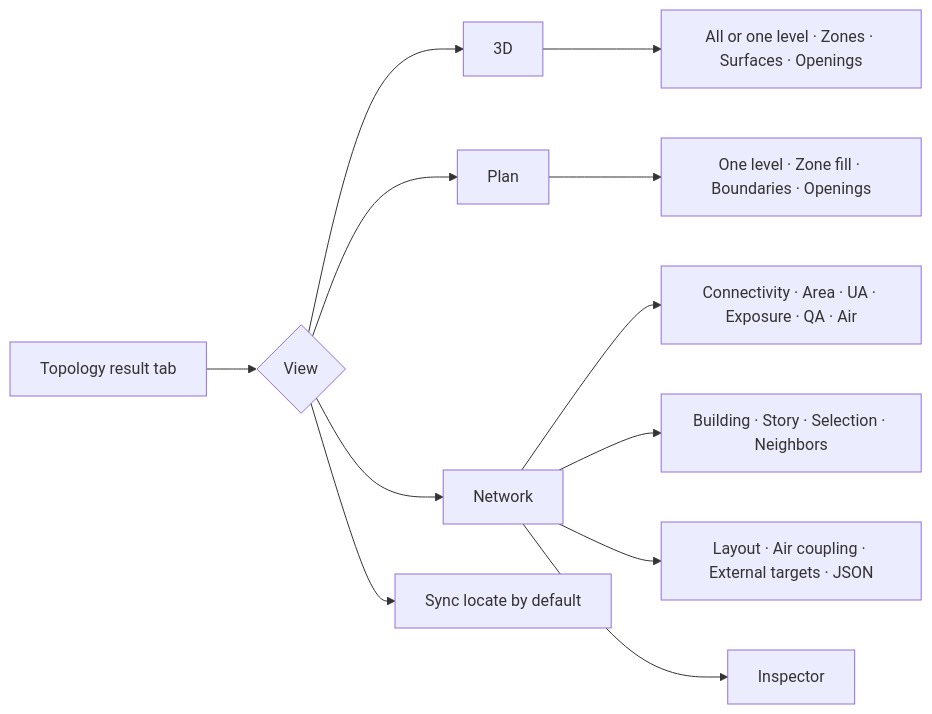
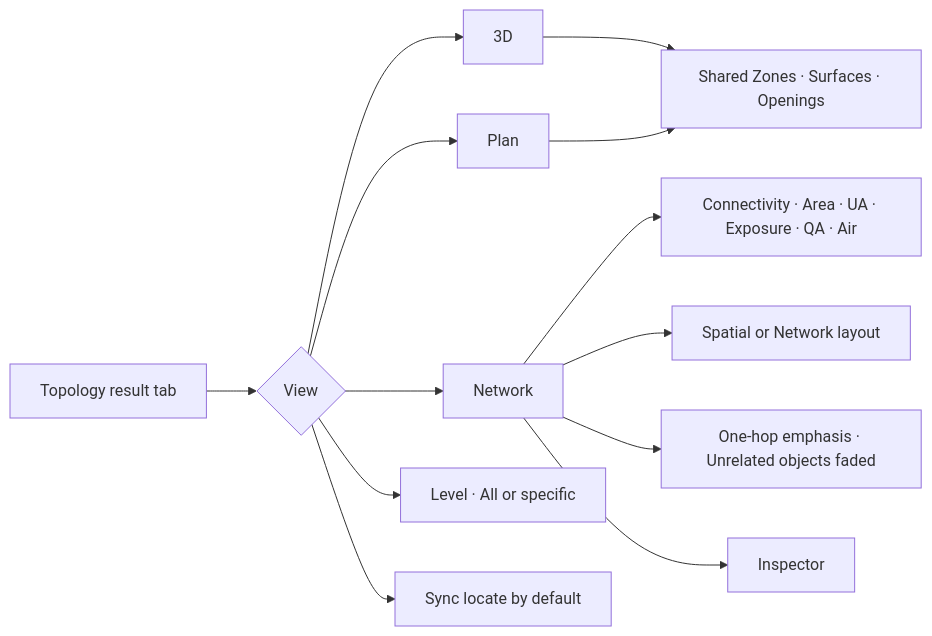
One commit to Gonie-Gonie/semantic-idf changed the diagram in docs/topology-view.md. Above: the diagram before and after it, drawn with Mermaid. The commit also changed other lines of this file and 28 other files, not shown here.

````diff
--- a/docs/topology-view.md
+++ b/docs/topology-view.md
@@ -11,14 +11,15 @@
 ```mermaid
 flowchart LR
   T[Topology result tab] --> V{View}
   V --> D[3D]
   V --> P[Plan]
   V --> N[Network]
+  V --> L[Level · All or specific]
   V --> C[Sync locate by default]
-  D --> DL[All or one level · Zones · Surfaces · Openings]
-  P --> PL[One level · Zone fill · Boundaries · Openings]
+  D --> S[Shared Zones · Surfaces · Openings]
+  P --> S
   N --> M[Connectivity · Area · UA · Exposure · QA · Air]
-  N --> S[Building · Story · Selection · Neighbors]
-  N --> A[Layout · Air coupling · External targets · JSON]
+  N --> A[Spatial or Network layout]
+  N --> F[One-hop emphasis · Unrelated objects faded]
   N --> I[Inspector]
 ```
````
